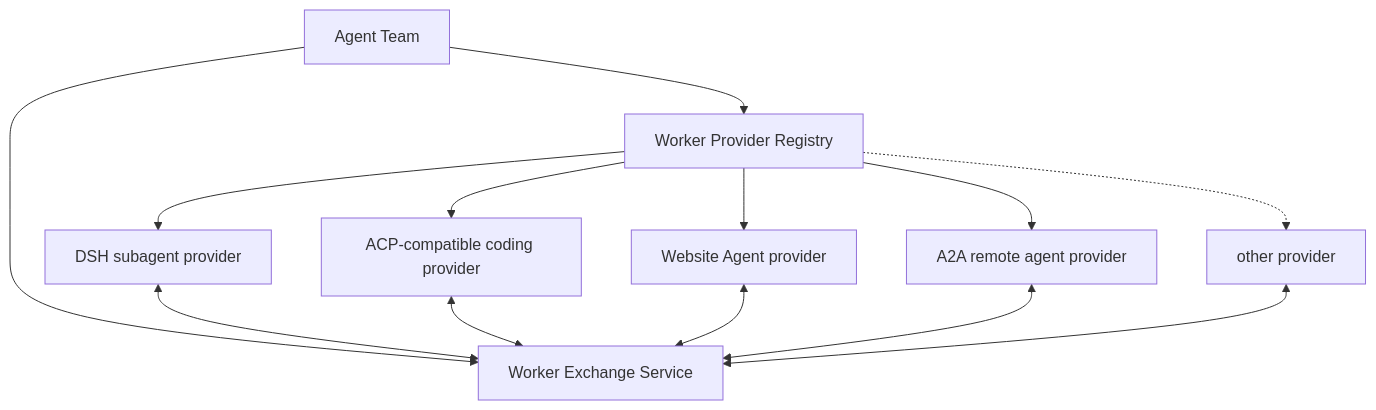
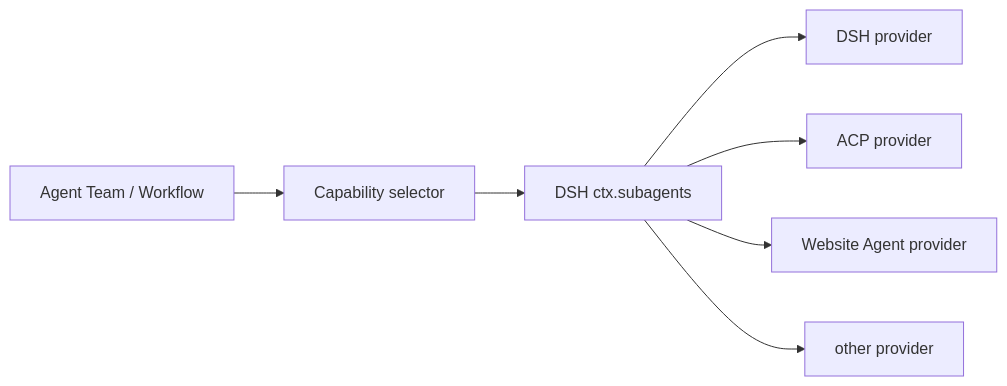
Before and after one commit to tsuuanmi/AgentOS: the diagram in docs/architecture/worker-model.md, drawn with Mermaid. The commit also changed other lines of this file, not shown here.

Commit message:
docs: simplify Worker into DSH provider-backed semantic role

```diff
--- a/docs/architecture/worker-model.md
+++ b/docs/architecture/worker-model.md
@@ -70,27 +49,18 @@
 ~~~mermaid
-flowchart TB
-    Team[Agent Team]
-    Exchange[Worker Exchange Service]
-    Registry[Worker Provider Registry]
+flowchart LR
+    Caller[Agent Team / Workflow]
+    Select[Capability selector]
+    Registry[DSH ctx.subagents]
 
-    DSH[DSH subagent provider]
-    ACP[ACP-compatible coding provider]
-    Web[Website Agent provider]
-    Remote[A2A remote agent provider]
-    Future[other provider]
+    DSH[DSH provider]
+    ACP[ACP provider]
+    Website[Website Agent provider]
+    Other[other provider]
 
-    Team --> Exchange
-    Team --> Registry
-
+    Caller --> Select
+    Select --> Registry
     Registry --> DSH
     Registry --> ACP
-    Registry --> Web
-    Registry --> Remote
-    Registry -.-> Future
-
-    DSH <--> Exchange
-    ACP <--> Exchange
-    Web <--> Exchange
-    Remote <--> Exchange
-    Future <--> Exchange
+    Registry --> Website
+    Registry --> Other
 ~~~
```
